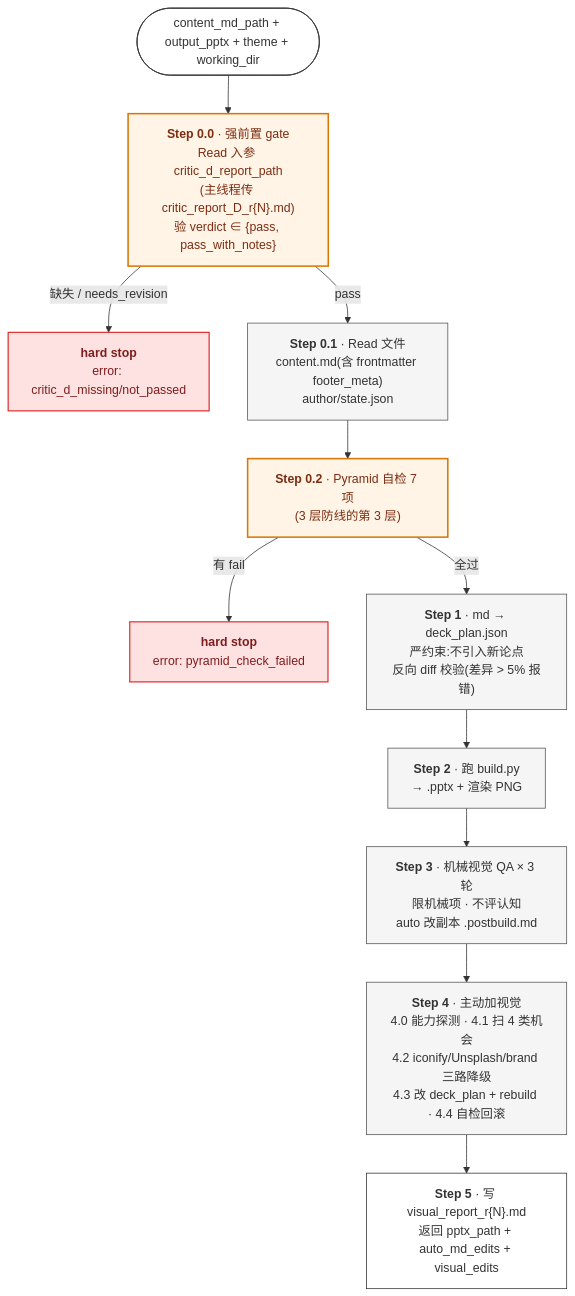
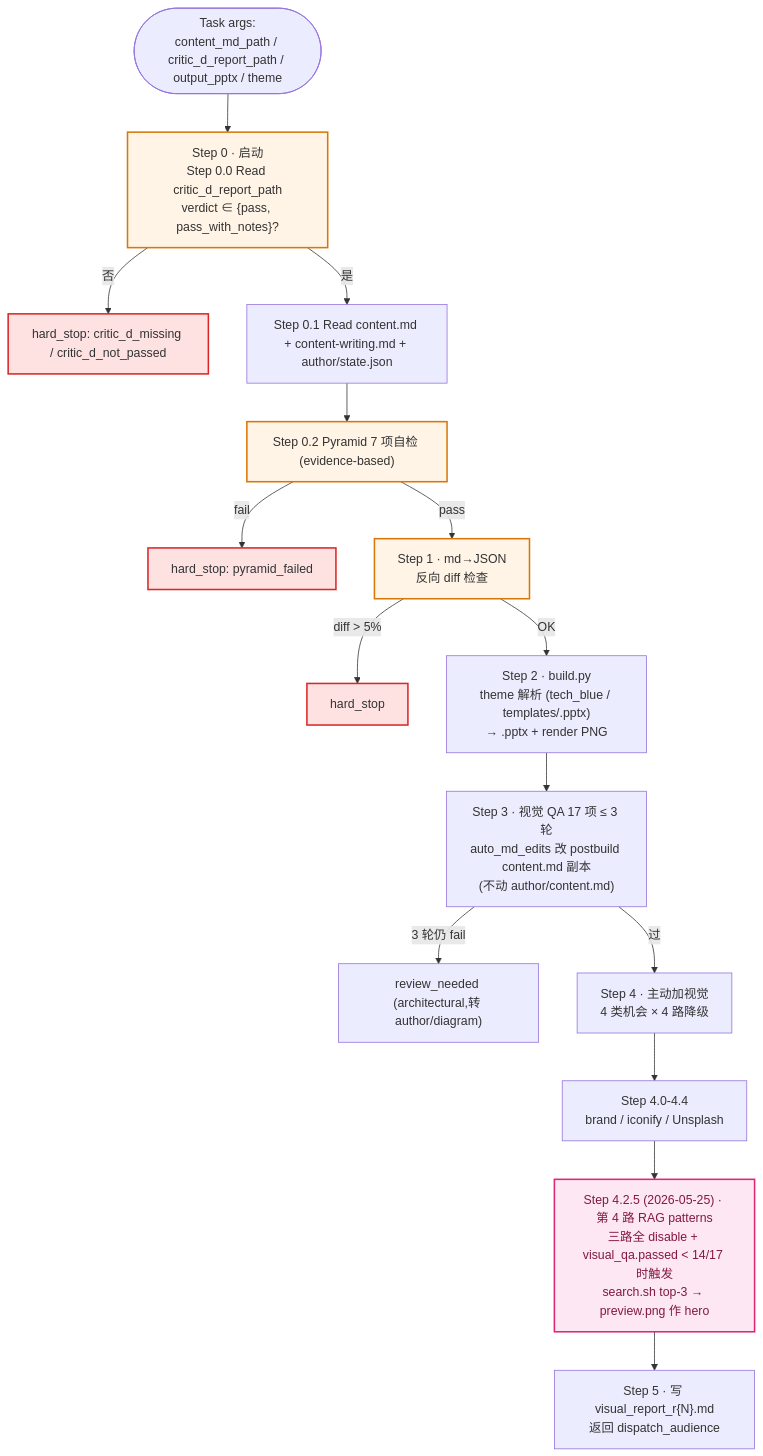
One commit to rogerluo2016ROL/iLovePPT changed the ninth of 11 diagrams in docs/agent-internals.zh.md. Above: the diagram before and after it, drawn with Mermaid. The commit also changed other lines of this file, not shown here.

First line of the commit message:
docs(agent-internals): rewrite by capability axis (v2) + all flowcharts to mermaid

````diff
--- a/docs/agent-internals.zh.md
+++ b/docs/agent-internals.zh.md
@@ -288,26 +829,25 @@
 ```mermaid
 flowchart TB
-    I([content_md_path + output_pptx + theme + working_dir]) --> S00
-    S00["<b>Step 0.0</b> · 强前置 gate<br/>Read 入参 critic_d_report_path<br/>(主线程传 critic_report_D_r{N}.md)<br/>验 verdict ∈ {pass, pass_with_notes}"]
-    S00 -->|缺失 / needs_revision| HS0["<b>hard stop</b><br/>error: critic_d_missing/not_passed"]
-    S00 -->|pass| S01
-    S01["<b>Step 0.1</b> · Read 文件<br/>content.md(含 frontmatter footer_meta)<br/>author/state.json"] --> S02
-    S02["<b>Step 0.2</b> · Pyramid 自检 7 项<br/>(3 层防线的第 3 层)"]
-    S02 -->|有 fail| HS2["<b>hard stop</b><br/>error: pyramid_check_failed"]
-    S02 -->|全过| S1
-    S1["<b>Step 1</b> · md → deck_plan.json<br/>严约束:不引入新论点<br/>反向 diff 校验(差异 > 5% 报错)"]
-    S1 --> S2["<b>Step 2</b> · 跑 build.py<br/>→ .pptx + 渲染 PNG"]
-    S2 --> S3["<b>Step 3</b> · 机械视觉 QA × 3 轮<br/>限机械项 · 不评认知<br/>auto 改副本 .postbuild.md"]
-    S3 --> S4["<b>Step 4</b> · 主动加视觉<br/>4.0 能力探测 · 4.1 扫 4 类机会<br/>4.2 iconify/Unsplash/brand 三路降级<br/>4.3 改 deck_plan + rebuild · 4.4 自检回滚"]
-    S4 --> S5["<b>Step 5</b> · 写 visual_report_r{N}.md<br/>返回 pptx_path + auto_md_edits + visual_edits"]
+    I([Task args:<br/>content_md_path / critic_d_report_path / output_pptx / theme]) --> S0
+    S0["Step 0 · 启动<br/>Step 0.0 Read critic_d_report_path<br/>verdict ∈ {pass, pass_with_notes}?"]
+    S0 -->|否| HS["hard_stop: critic_d_missing / critic_d_not_passed"]
+    S0 -->|是| S01["Step 0.1 Read content.md + content-writing.md + author/state.json"]
+    S01 --> S02["Step 0.2 Pyramid 7 项自检 (evidence-based)"]
+    S02 -->|fail| HS2["hard_stop: pyramid_failed"]
+    S02 -->|pass| S1["Step 1 · md→JSON<br/>反向 diff 检查"]
+    S1 -->|diff > 5%| HS3["hard_stop"]
+    S1 -->|OK| S2["Step 2 · build.py<br/>theme 解析 (tech_blue / templates/<name>.pptx)<br/>→ .pptx + render PNG"]
+    S2 --> S3["Step 3 · 视觉 QA 17 项 ≤ 3 轮<br/>auto_md_edits 改 postbuild content.md 副本<br/>(不动 author/content.md)"]
+    S3 -->|3 轮仍 fail| RN["review_needed (architectural,转 author/diagram)"]
+    S3 -->|过| S4["Step 4 · 主动加视觉<br/>4 类机会 × 4 路降级"]
+    S4 --> S41["Step 4.0-4.4<br/>brand / iconify / Unsplash"]
+    S41 --> S425["Step 4.2.5 (2026-05-25) · 第 4 路 RAG patterns<br/>三路全 disable + visual_qa.passed < 14/17 时触发<br/>search.sh top-3 → preview.png 作 hero"]
+    S425 --> S5["Step 5 · 写 visual_report_r{N}.md<br/>返回 dispatch_audience"]
 
-    classDef io fill:#FFF,stroke:#333
-    classDef step fill:#F5F5F5,stroke:#555
-    classDef gate fill:#FFF4E6,stroke:#D97706,stroke-width:2px,color:#7C2D12
-    classDef fail fill:#FEE2E2,stroke:#DC2626,stroke-width:1.5px,color:#7F1D1D
-
-    class I,S5 io
-    class S01,S1,S2,S3,S4 step
-    class S00,S02 gate
-    class HS0,HS2 fail
+    classDef gate fill:#FFF4E6,stroke:#D97706,stroke-width:2px
+    classDef rag fill:#FCE7F3,stroke:#DB2777,stroke-width:2px,color:#831843
+    classDef hard fill:#FEE2E2,stroke:#DC2626,stroke-width:2px
+    class S0,S02,S1 gate
+    class S425 rag
+    class HS,HS2,HS3 hard
 ```
````
